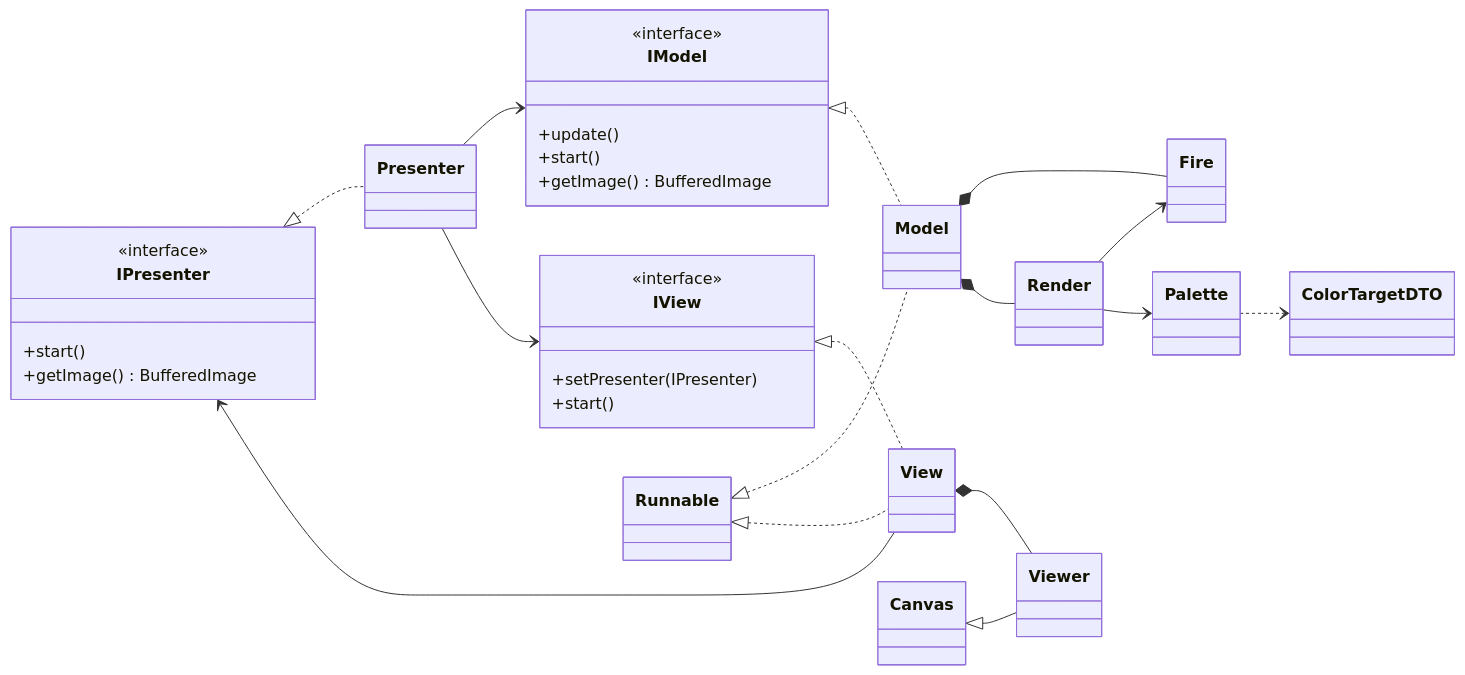
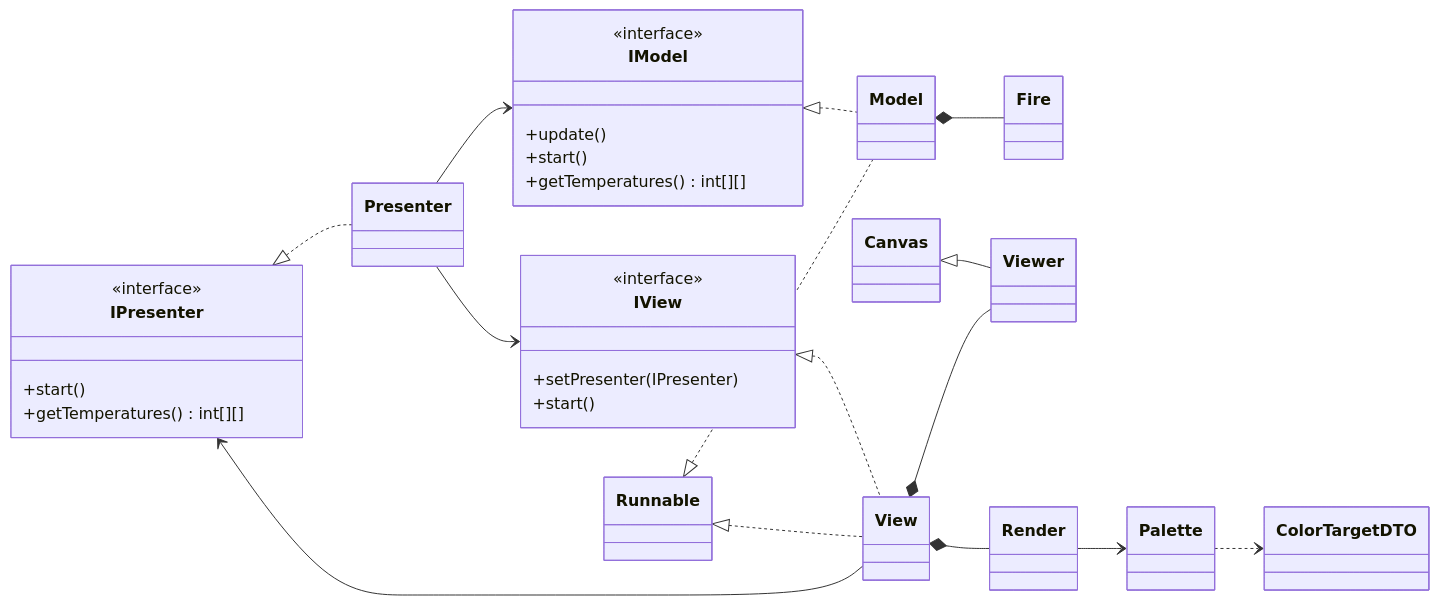
Before and after one commit to alexddios/DAM: the first of 2 diagrams in Segundo curso/Introduccion a los videojuegos/Fuego/README.md, drawn with Mermaid. The commit also changed other lines of this file, not shown here.

Commit message:
Fuego: README actualizado a la estructura MVP (modelo con temperaturas, vista con Render y Palette)

````diff
--- a/Segundo curso/Introduccion a los videojuegos/Fuego/README.md
+++ b/Segundo curso/Introduccion a los videojuegos/Fuego/README.md
@@ -63,47 +63,46 @@
 ```mermaid
 classDiagram
     direction LR
 
     class IModel {
         <<interface>>
         +update()
         +start()
-        +getImage() BufferedImage
+        +getTemperatures() int[][]
     }
     class IPresenter {
         <<interface>>
         +start()
-        +getImage() BufferedImage
+        +getTemperatures() int[][]
     }
     class IView {
         <<interface>>
         +setPresenter(IPresenter)
         +start()
     }
 
     class Model
     class Fire
+    class Presenter
+    class View
+    class Viewer
     class Render
     class Palette
     class ColorTargetDTO
-    class Presenter
-    class View
-    class Viewer
 
     IModel <|.. Model
     IPresenter <|.. Presenter
     IView <|.. View
     Runnable <|.. Model
     Runnable <|.. View
     Canvas <|-- Viewer
 
     Presenter --> IModel
     Presenter --> IView
     View --> IPresenter
     View *-- Viewer
-    Model *-- Fire
-    Model *-- Render
-    Render --> Fire
+    View *-- Render
     Render --> Palette
     Palette ..> ColorTargetDTO
+    Model *-- Fire
 ```
````
